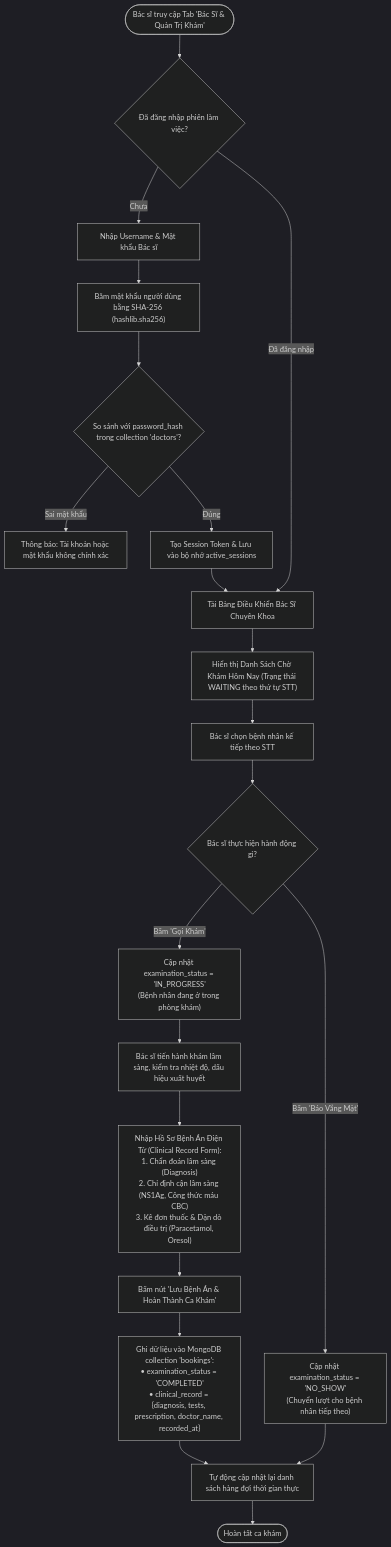
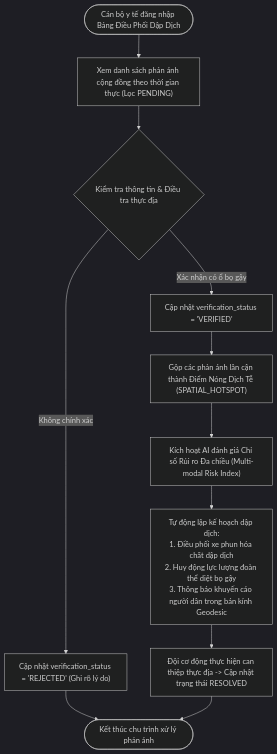
Diagram 11 of 26 in README.md (VanderSpeare/dengue-prediction), drawn with Mermaid (dark theme) before and after one commit. The commit also changed other lines of this file and 25 other files, not shown here.

````diff
--- a/README.md
+++ b/README.md
@@ -940,32 +628,12 @@
 ```mermaid
 flowchart TD
-    StartDoc(["Bác sĩ truy cập Tab 'Bác Sĩ & Quản Trị Khám'"]) --> AuthCheck{"Đã đăng nhập phiên làm việc?"}
-    
-    AuthCheck -- "Chưa" --> LoginForm["Nhập Username & Mật khẩu Bác sĩ"]
-    LoginForm --> HashPass["Băm mật khẩu người dùng bằng SHA-256 (hashlib.sha256)"]
-    HashPass --> VerifyDB{"So sánh với password_hash trong collection 'doctors'?"}
-    VerifyDB -- "Sai mật khẩu" --> LoginFail["Thông báo: Tài khoản hoặc mật khẩu không chính xác"]
-    VerifyDB -- "Đúng" --> GenToken["Tạo Session Token & Lưu vào bộ nhớ active_sessions"]
-    GenToken --> LoadPortal["Tải Bảng Điều Khiển Bác Sĩ Chuyên Khoa"]
-    
-    AuthCheck -- "Đã đăng nhập" --> LoadPortal
-    
-    LoadPortal --> ViewQueue["Hiển thị Danh Sách Chờ Khám Hôm Nay (Trạng thái WAITING theo thứ tự STT)"]
-    
-    ViewQueue --> SelectPatient["Bác sĩ chọn bệnh nhân kế tiếp theo STT"]
-    SelectPatient --> ActionChoice{"Bác sĩ thực hiện hành động gì?"}
-    
-    ActionChoice -- "Bấm 'Gọi Khám'" --> SetInProgress["Cập nhật examination_status = 'IN_PROGRESS'<br/>(Bệnh nhân đang ở trong phòng khám)"]
-    ActionChoice -- "Bấm 'Báo Vắng Mặt'" --> SetNoShow["Cập nhật examination_status = 'NO_SHOW'<br/>(Chuyển lượt cho bệnh nhân tiếp theo)"]
-    
-    SetInProgress --> PerformExam["Bác sĩ tiến hành khám lâm sàng, kiểm tra nhiệt độ, dấu hiệu xuất huyết"]
-    PerformExam --> FillClinicalForm["Nhập Hồ Sơ Bệnh Án Điện Tử (Clinical Record Form):<br/>1. Chẩn đoán lâm sàng (Diagnosis)<br/>2. Chỉ định cận lâm sàng (NS1Ag, Công thức máu CBC)<br/>3. Kê đơn thuốc & Dặn dò điều trị (Paracetamol, Oresol)"]
-    
-    FillClinicalForm --> ClickSaveRecord["Bấm nút 'Lưu Bệnh Án & Hoàn Thành Ca Khám'"]
-    
-    ClickSaveRecord --> UpdateBookingDB["Ghi dữ liệu vào MongoDB collection 'bookings':<br/>• examination_status = 'COMPLETED'<br/>• clinical_record = {diagnosis, tests, prescription, doctor_name, recorded_at}"]
-    
-    UpdateBookingDB --> RefreshQueue["Tự động cập nhật lại danh sách hàng đợi thời gian thực"]
-    SetNoShow --> RefreshQueue
-    RefreshQueue --> EndDoc(["Hoàn tất ca khám"])
+    StartOfficer(["Cán bộ y tế đăng nhập Bảng Điều Phối Dập Dịch"]) --> ViewQueue["Xem danh sách phản ánh cộng đồng theo thời gian thực (Lọc PENDING)"]
+    ViewQueue --> VerifyAction{"Kiểm tra thông tin & Điều tra thực địa"}
+    VerifyAction -- "Không chính xác" --> RejectReport["Cập nhật verification_status = 'REJECTED' (Ghi rõ lý do)"]
+    VerifyAction -- "Xác nhận có ổ bọ gậy" --> ApproveReport["Cập nhật verification_status = 'VERIFIED'"]
+    ApproveReport --> ClusterAnalysis["Gộp các phản ánh lân cận thành Điểm Nóng Dịch Tễ (SPATIAL_HOTSPOT)"]
+    ClusterAnalysis --> TriggerAI["Kích hoạt AI đánh giá Chỉ số Rủi ro Đa chiều (Multi-modal Risk Index)"]
+    TriggerAI --> GenInterventionPlan["Tự động lập kế hoạch dập dịch:<br/>1. Điều phối xe phun hóa chất dập dịch<br/>2. Huy động lực lượng đoàn thể diệt bọ gậy<br/>3. Thông báo khuyến cáo người dân trong bán kính Geodesic"]
+    GenInterventionPlan --> ExecutePlan["Đội cơ động thực hiện can thiệp thực địa -> Cập nhật trạng thái RESOLVED"]
+    RejectReport & ExecutePlan --> EndOfficer(["Kết thúc chu trình xử lý phản ánh"])
 ```
````
